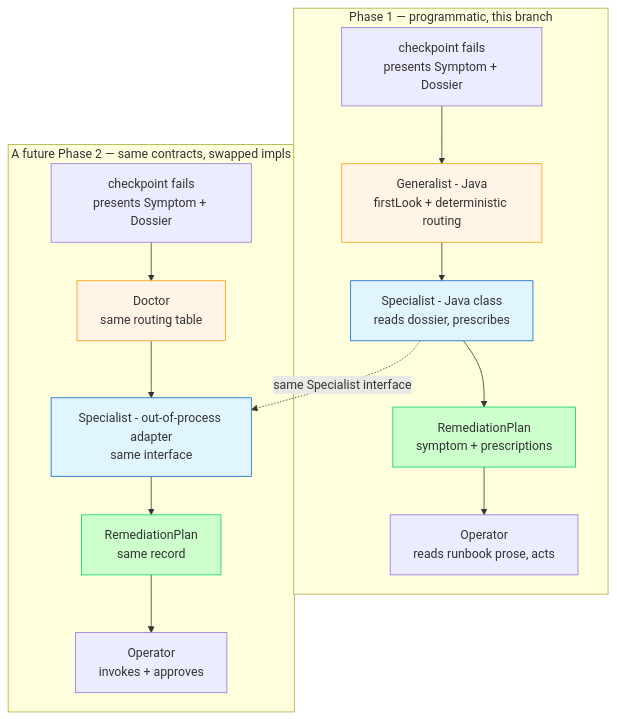
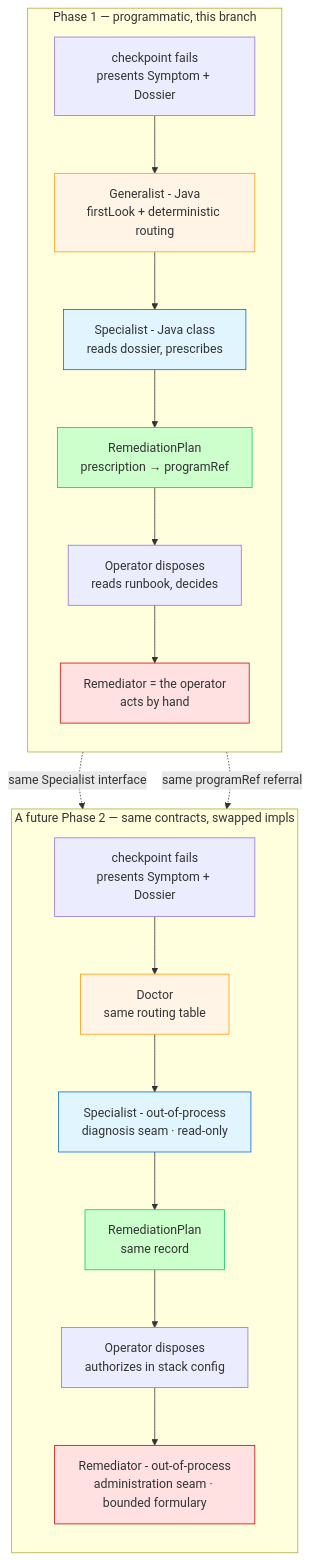
The fourth of 4 diagrams in wip/spec.adoc (nxmatic/rke2lab), drawn with Mermaid before and after one commit. The commit also changed other lines of this file and 2 other files, not shown here.

```diff
--- a/wip/spec.adoc
+++ b/wip/spec.adoc
@@ -458,30 +610,37 @@
 [mermaid]
 ----
 graph TB
     subgraph P1["Phase 1 — programmatic, this branch"]
+        direction TB
         FAIL1["checkpoint fails<br/>presents Symptom + Dossier"]
         GEN1["Generalist - Java<br/>firstLook + deterministic routing"]
         SPEC1["Specialist - Java class<br/>reads dossier, prescribes"]
-        PLAN1["RemediationPlan<br/>symptom + prescriptions"]
-        OPER1["Operator<br/>reads runbook prose, acts"]
-        FAIL1 --> GEN1 --> SPEC1 --> PLAN1 --> OPER1
+        PLAN1["RemediationPlan<br/>prescription → programRef"]
+        OPER1["Operator disposes<br/>reads runbook, decides"]
+        REM1["Remediator = the operator<br/>acts by hand"]
+        FAIL1 --> GEN1 --> SPEC1 --> PLAN1 --> OPER1 --> REM1
     end
 
     subgraph P2["A future Phase 2 — same contracts, swapped impls"]
+        direction TB
         FAIL2["checkpoint fails<br/>presents Symptom + Dossier"]
         GEN2["Doctor<br/>same routing table"]
-        SPEC2["Specialist - out-of-process adapter<br/>same interface"]
+        SPEC2["Specialist - out-of-process<br/>diagnosis seam · read-only"]
         PLAN2["RemediationPlan<br/>same record"]
-        OPER2["Operator<br/>invokes + approves"]
-        FAIL2 --> GEN2 --> SPEC2 --> PLAN2 --> OPER2
+        OPER2["Operator disposes<br/>authorizes in stack config"]
+        REM2["Remediator - out-of-process<br/>administration seam · bounded formulary"]
+        FAIL2 --> GEN2 --> SPEC2 --> PLAN2 --> OPER2 --> REM2
     end
 
     SPEC1 -. same Specialist interface .-> SPEC2
+    REM1 -. same programRef referral .-> REM2
 
     style GEN1 fill:#fff4e6,stroke:#ff9900
     style SPEC1 fill:#e1f5ff,stroke:#0066cc
     style PLAN1 fill:#ccffcc,stroke:#00cc66
+    style REM1 fill:#ffe1e1,stroke:#cc0000
     style GEN2 fill:#fff4e6,stroke:#ff9900
     style SPEC2 fill:#e1f5ff,stroke:#0066cc
     style PLAN2 fill:#ccffcc,stroke:#00cc66
+    style REM2 fill:#ffe1e1,stroke:#cc0000
 ----
```
